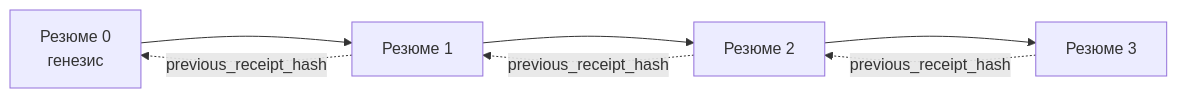
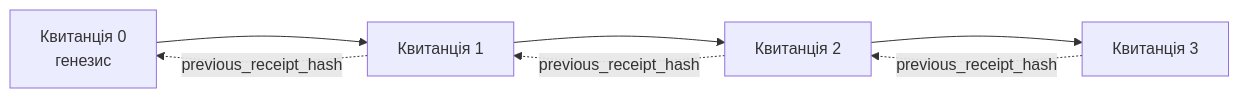
The second of 2 diagrams in mirrors/repos/microsoft@ai-agents-for-beginners/translations/uk/18-securing-ai-agents/README.md (gabrielmoreira/agent-skills-mirror), drawn with Mermaid before and after one commit. The commit also changed other lines of this file and 2285 other files, not shown here.

````diff
--- a/mirrors/repos/microsoft@ai-agents-for-beginners/translations/uk/18-securing-ai-agents/README.md
+++ b/mirrors/repos/microsoft@ai-agents-for-beginners/translations/uk/18-securing-ai-agents/README.md
@@ -206,9 +206,9 @@
 ```mermaid
 flowchart LR
-    R0[Резюме 0<br/>генезис] --> R1[Резюме 1]
-    R1 --> R2[Резюме 2]
-    R2 --> R3[Резюме 3]
+    R0[Квитанція 0<br/>генезис] --> R1[Квитанція 1]
+    R1 --> R2[Квитанція 2]
+    R2 --> R3[Квитанція 3]
     R1 -. previous_receipt_hash .-> R0
     R2 -. previous_receipt_hash .-> R1
     R3 -. previous_receipt_hash .-> R2
 ```
````
